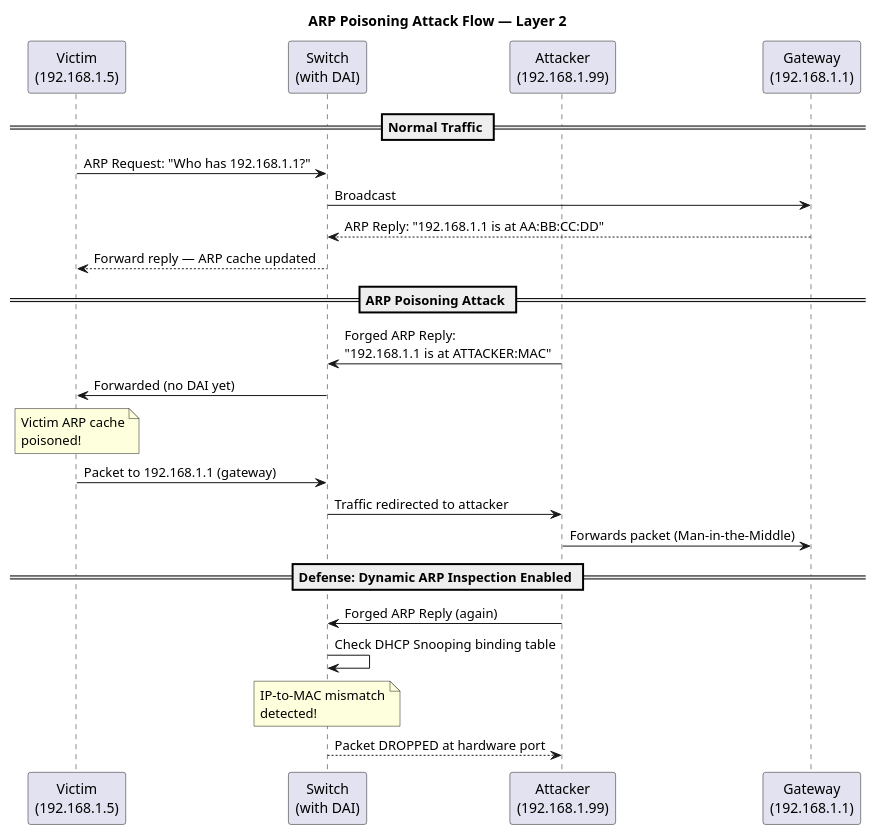
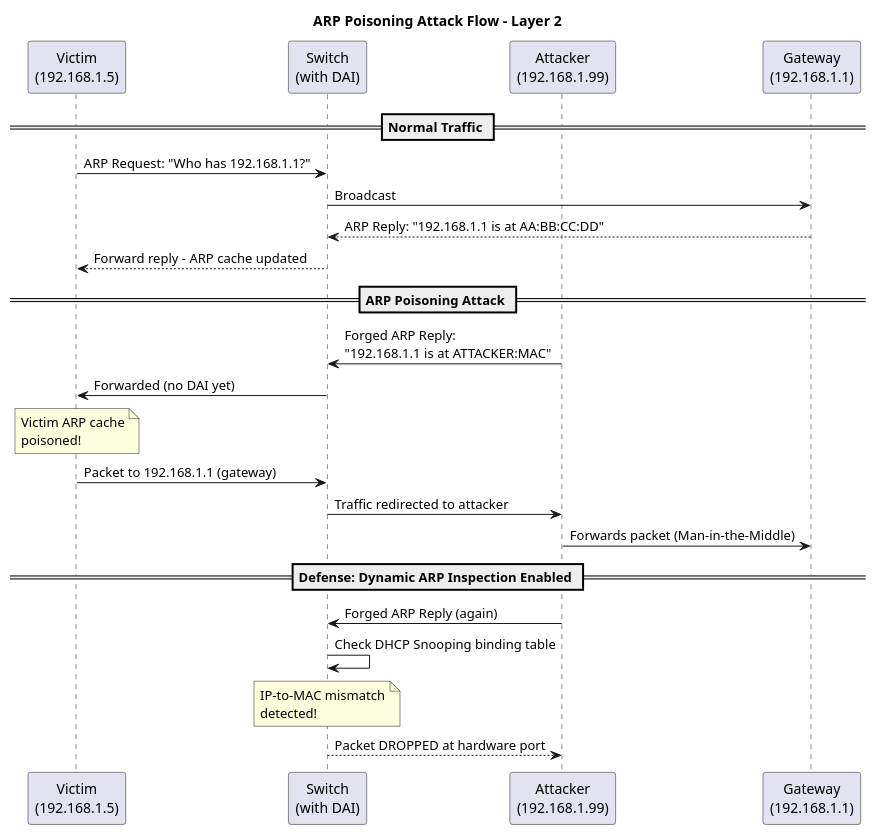
Before and after one commit to heyritikkk/CertNova: the diagram in server/seeds/lessons/1.3.md, drawn with PlantUML. The commit also changed 36 other files, not shown here.

````diff
--- a/server/seeds/lessons/1.3.md
+++ b/server/seeds/lessons/1.3.md
@@ -33,31 +33,31 @@
 ```plantuml
 @startuml
-title ARP Poisoning Attack Flow — Layer 2
+title ARP Poisoning Attack Flow - Layer 2
 
 participant "Victim\n(192.168.1.5)" as V
 participant "Switch\n(with DAI)" as SW
 participant "Attacker\n(192.168.1.99)" as ATK
 participant "Gateway\n(192.168.1.1)" as GW
 
 == Normal Traffic ==
 V -> SW : ARP Request: "Who has 192.168.1.1?"
 SW -> GW : Broadcast
 GW --> SW : ARP Reply: "192.168.1.1 is at AA:BB:CC:DD"
-SW --> V : Forward reply — ARP cache updated
+SW --> V : Forward reply - ARP cache updated
 
 == ARP Poisoning Attack ==
 ATK -> SW : Forged ARP Reply:\n"192.168.1.1 is at ATTACKER:MAC"
 SW -> V : Forwarded (no DAI yet)
 note over V : Victim ARP cache\npoisoned!
 
 V -> SW : Packet to 192.168.1.1 (gateway)
 SW -> ATK : Traffic redirected to attacker
 ATK -> GW : Forwards packet (Man-in-the-Middle)
 
 == Defense: Dynamic ARP Inspection Enabled ==
 ATK -> SW : Forged ARP Reply (again)
 SW -> SW : Check DHCP Snooping binding table
 note over SW : IP-to-MAC mismatch\ndetected!
 SW --> ATK : Packet DROPPED at hardware port
 @enduml
 ```
````
